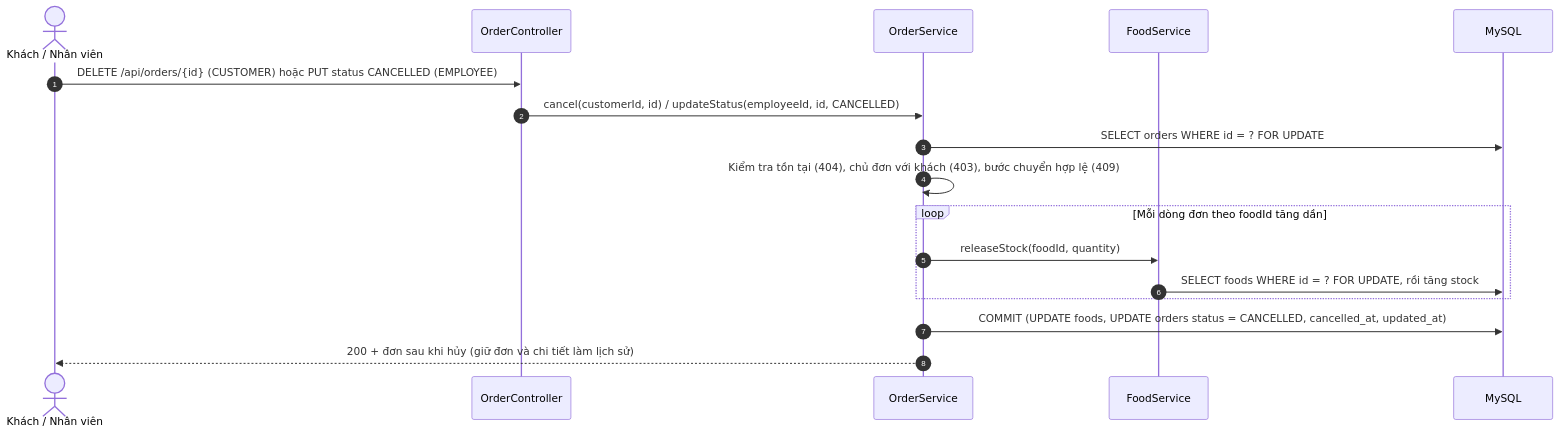
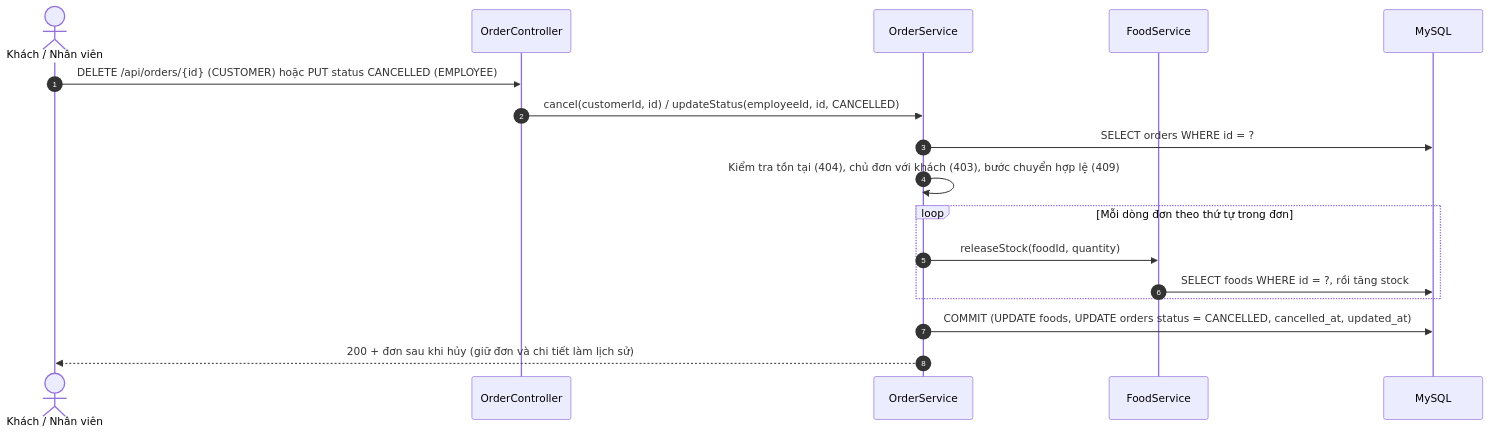
One commit to maaL6/ByteMe changed the third of 4 diagrams in docs/architecture-single-restaurant.md. Above: the diagram before and after it, drawn with Mermaid. The commit also changed other lines of this file and 29 other files, not shown here.

````diff
--- a/docs/architecture-single-restaurant.md
+++ b/docs/architecture-single-restaurant.md
@@ -170,20 +158,20 @@
 ```mermaid
 sequenceDiagram
     autonumber
     actor User as Khách / Nhân viên
     participant API as OrderController
     participant Order as OrderService
     participant Food as FoodService
     participant DB as MySQL
 
     User->>API: DELETE /api/orders/{id} (CUSTOMER) hoặc PUT status CANCELLED (EMPLOYEE)
     API->>Order: cancel(customerId, id) / updateStatus(employeeId, id, CANCELLED)
-    Order->>DB: SELECT orders WHERE id = ? FOR UPDATE
+    Order->>DB: SELECT orders WHERE id = ?
     Order->>Order: Kiểm tra tồn tại (404), chủ đơn với khách (403), bước chuyển hợp lệ (409)
-    loop Mỗi dòng đơn theo foodId tăng dần
+    loop Mỗi dòng đơn theo thứ tự trong đơn
         Order->>Food: releaseStock(foodId, quantity)
-        Food->>DB: SELECT foods WHERE id = ? FOR UPDATE, rồi tăng stock
+        Food->>DB: SELECT foods WHERE id = ?, rồi tăng stock
     end
     Order->>DB: COMMIT (UPDATE foods, UPDATE orders status = CANCELLED, cancelled_at, updated_at)
     Order-->>User: 200 + đơn sau khi hủy (giữ đơn và chi tiết làm lịch sử)
 ```
````
